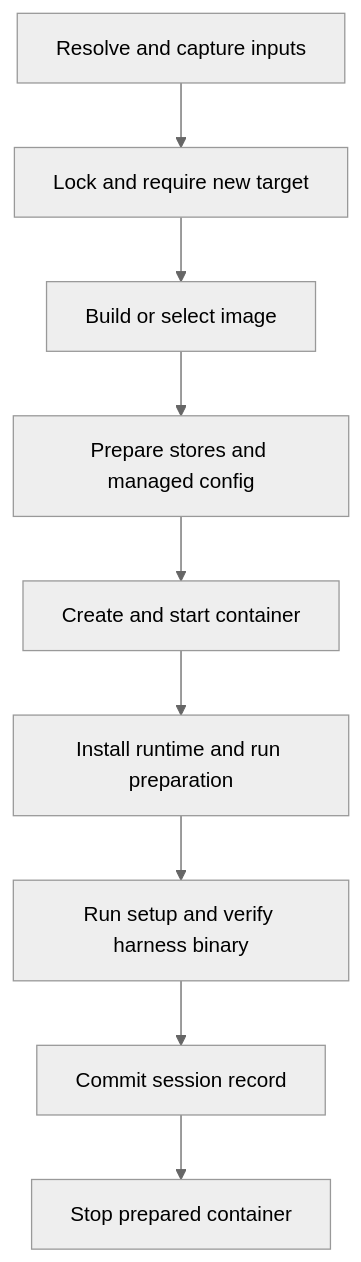
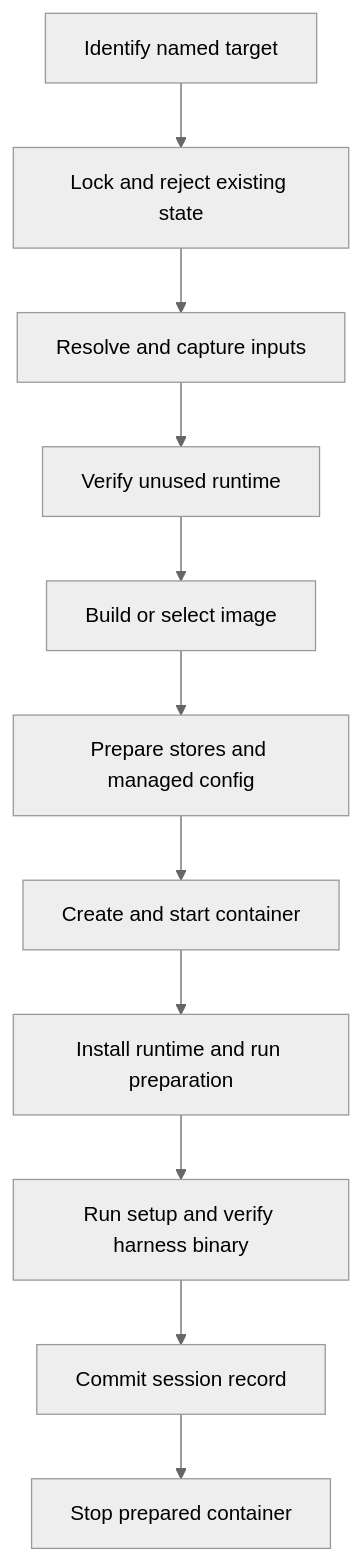
One commit to pip12345/devbox-neo changed the second of 4 diagrams in docs/src/architecture/lifecycle.md. Above: the diagram before and after it, drawn with Mermaid (neutral theme). The commit also changed other lines of this file and 27 other files, not shown here.

````diff
--- a/docs/src/architecture/lifecycle.md
+++ b/docs/src/architecture/lifecycle.md
@@ -55,11 +55,13 @@
 ```mermaid
 flowchart TD
-    R[Resolve and capture inputs] --> L[Lock and require new target]
-    L --> B[Build or select image]
+    I[Identify named target] --> L[Lock and reject existing state]
+    L --> R[Resolve and capture inputs]
+    R --> NEW[Verify unused runtime]
+    NEW --> B[Build or select image]
     B --> P[Prepare stores and managed config]
     P --> C[Create and start container]
     C --> S[Install runtime and run preparation]
     S --> SETUP[Run setup and verify harness binary]
     SETUP --> COMMIT[Commit session record]
     COMMIT --> STOP[Stop prepared container]
 ```
````
